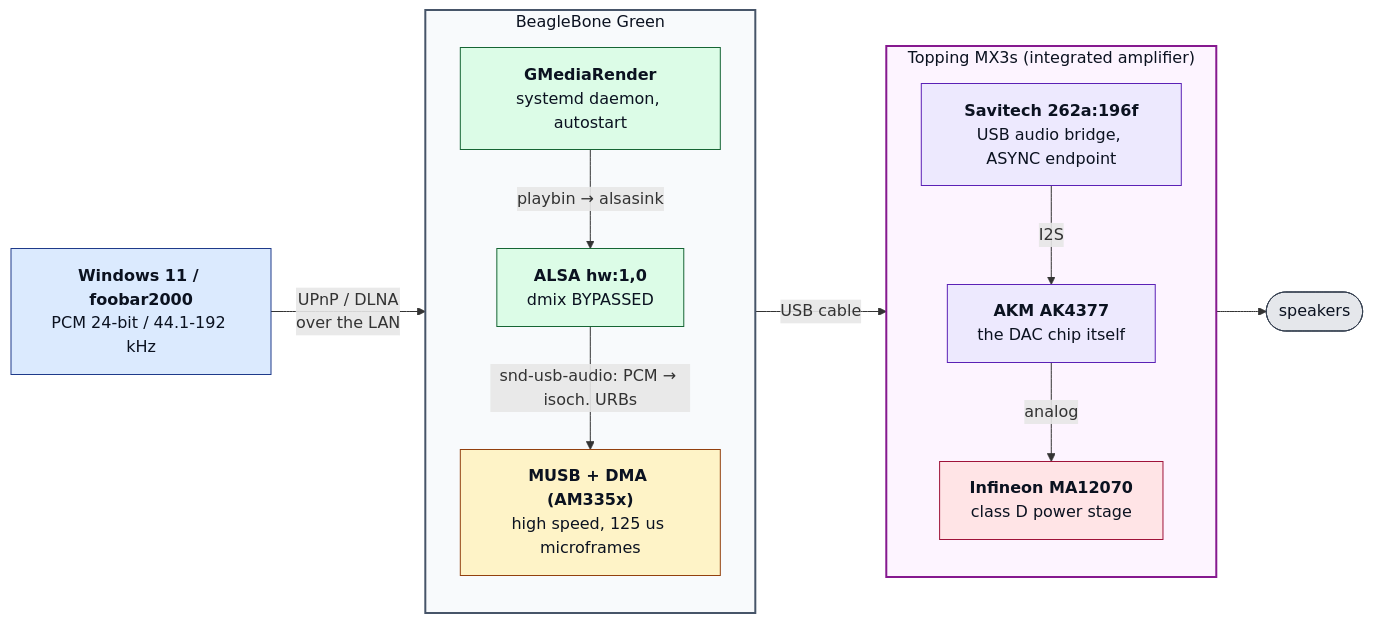
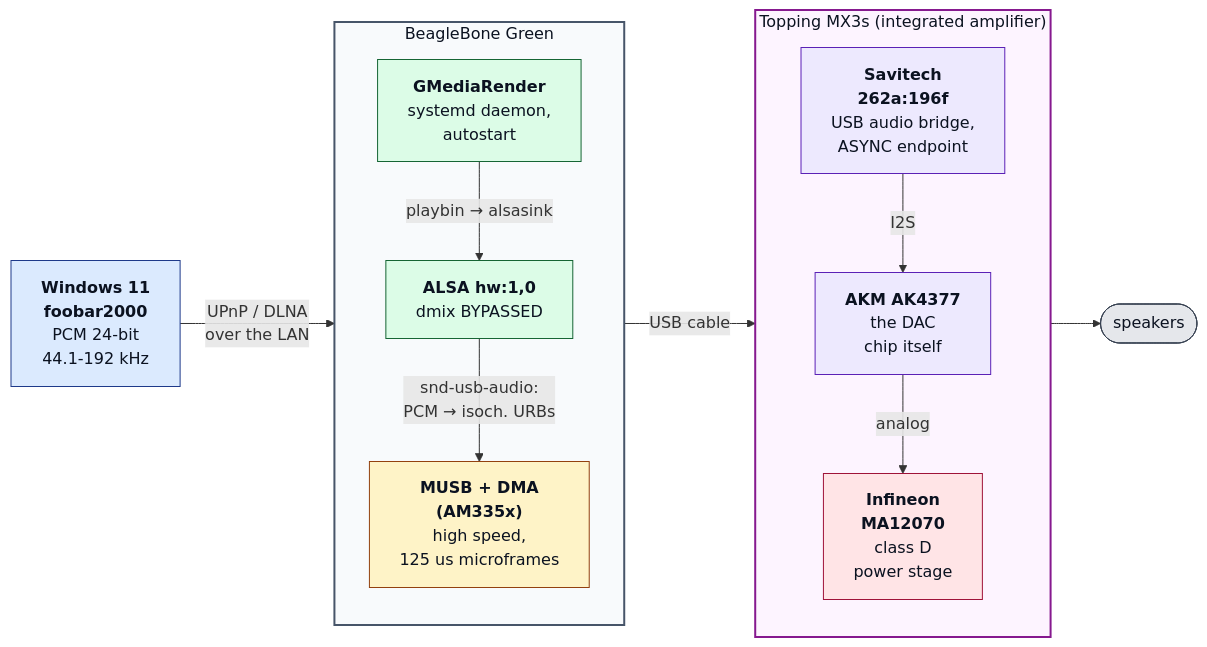
The diagram in README.md (panedrone/beaglebone-gmediarender-valera), drawn with Mermaid before and after one commit.

Commit message:
Wrap the node labels so the columns stop stretching sideways
The Windows source box and the Savitech box carried the longest single lines
and set the width of their whole column. Break those labels - and the
snd-usb-audio edge label - across more lines so each column is only as wide
as it needs to be.

````diff
--- a/README.md
+++ b/README.md
@@ -81,47 +81,47 @@
 ```mermaid
 flowchart LR
-    SRC["<b>Windows 11 / foobar2000</b><br/>PCM 24-bit / 44.1-192 kHz"]
+    SRC["<b>Windows 11</b><br/><b>foobar2000</b><br/>PCM 24-bit<br/>44.1-192 kHz"]
 
     subgraph BBG["BeagleBone Green"]
         direction TB
-        GMR["<b>GMediaRender</b><br/>systemd daemon, autostart"]
+        GMR["<b>GMediaRender</b><br/>systemd daemon,<br/>autostart"]
         ALSA["<b>ALSA hw:1,0</b><br/>dmix BYPASSED"]
-        MUSB["<b>MUSB + DMA (AM335x)</b><br/>high speed, 125 us microframes"]
+        MUSB["<b>MUSB + DMA</b><br/><b>(AM335x)</b><br/>high speed,<br/>125 us microframes"]
         GMR -- "playbin &rarr; alsasink" --> ALSA
-        ALSA -- "snd-usb-audio: PCM &rarr; isoch. URBs" --> MUSB
+        ALSA -- "snd-usb-audio:<br/>PCM &rarr; isoch. URBs" --> MUSB
     end
 
     subgraph MX3S["Topping MX3s (integrated amplifier)"]
         direction TB
-        SAV["<b>Savitech 262a:196f</b><br/>USB audio bridge, ASYNC endpoint"]
-        AKM["<b>AKM AK4377</b><br/>the DAC chip itself"]
-        MA["<b>Infineon MA12070</b><br/>class D power stage"]
+        SAV["<b>Savitech</b><br/><b>262a:196f</b><br/>USB audio bridge,<br/>ASYNC endpoint"]
+        AKM["<b>AKM AK4377</b><br/>the DAC<br/>chip itself"]
+        MA["<b>Infineon</b><br/><b>MA12070</b><br/>class D<br/>power stage"]
         SAV -- "I2S" --> AKM
         AKM -- "analog" --> MA
     end
 
     SPK(["speakers"])
 
     SRC -- "UPnP / DLNA<br/>over the LAN" --> BBG
     BBG -- "USB cable" --> MX3S
     MX3S --> SPK
 
     classDef host fill:#dbeafe,stroke:#1e3a8a,stroke-width:1px,color:#0b1220
     classDef soft fill:#dcfce7,stroke:#166534,stroke-width:1px,color:#0b1220
     classDef kern fill:#fef3c7,stroke:#92400e,stroke-width:1px,color:#0b1220
     classDef digi fill:#ede9fe,stroke:#5b21b6,stroke-width:1px,color:#0b1220
     classDef anlg fill:#ffe4e6,stroke:#9f1239,stroke-width:1px,color:#0b1220
     classDef out  fill:#e5e7eb,stroke:#374151,stroke-width:1px,color:#0b1220
 
     class SRC host
     class GMR soft
     class ALSA soft
     class MUSB kern
     class SAV digi
     class AKM digi
     class MA anlg
     class SPK out
 
     style BBG fill:#f8fafc,stroke:#475569,stroke-width:2px,color:#0b1220
     style MX3S fill:#fdf4ff,stroke:#86198f,stroke-width:2px,color:#0b1220
 ```
````
